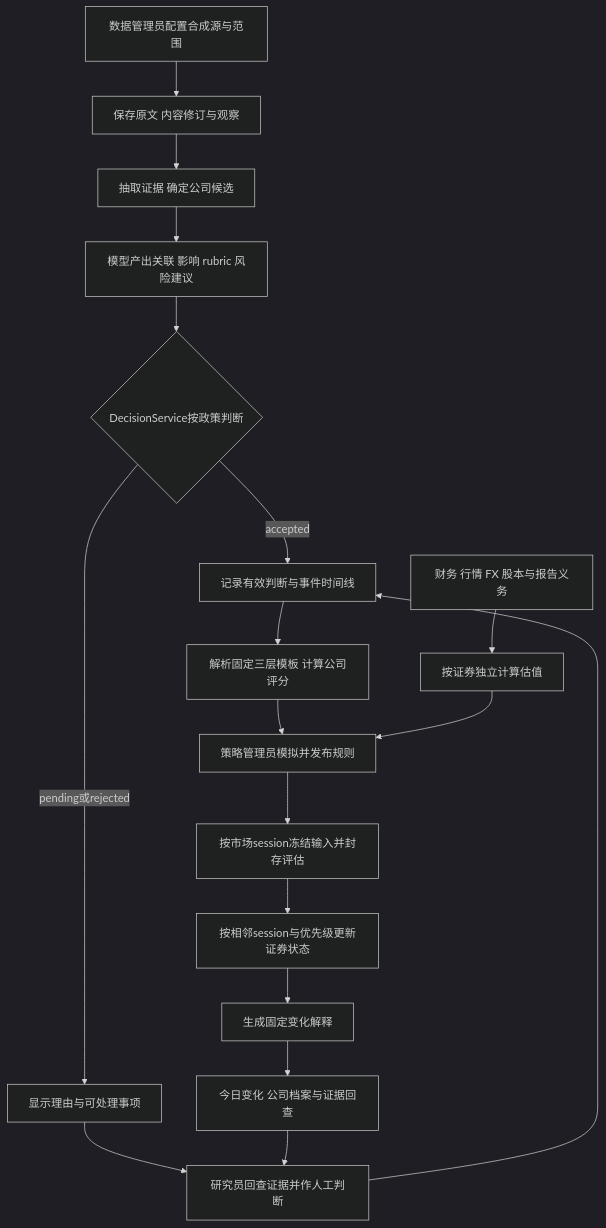
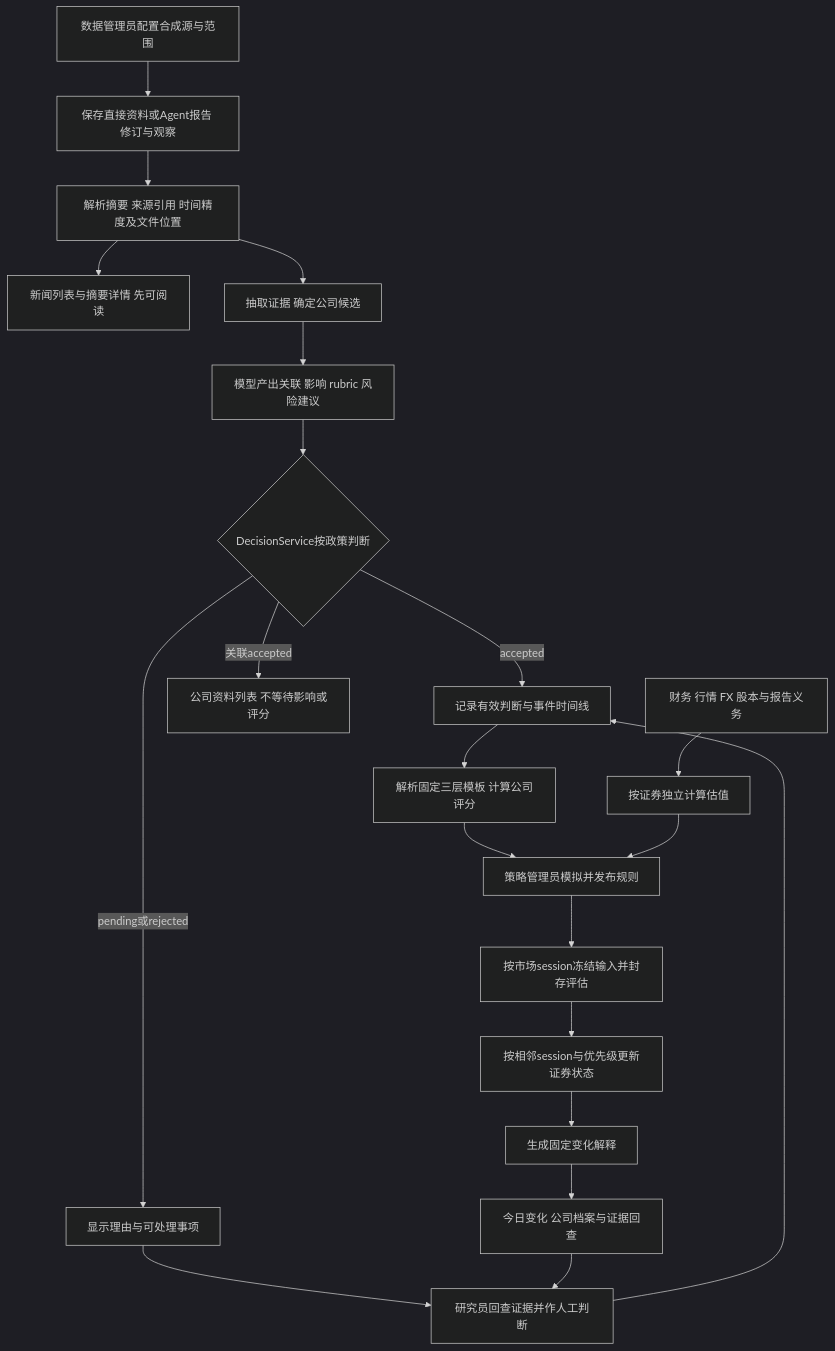
One commit to wildbyteai/value-investment-platform changed the second of 6 diagrams in docs/14-domain-and-business-flows.md. Above: the diagram before and after it, drawn with Mermaid (dark theme). The commit also changed other lines of this file and 78 other files, not shown here.

````diff
--- a/docs/14-domain-and-business-flows.md
+++ b/docs/14-domain-and-business-flows.md
@@ -53,20 +53,23 @@
 ```mermaid
 flowchart TD
-    A[数据管理员配置合成源与范围] --> B[保存原文 内容修订与观察]
-    B --> C[抽取证据 确定公司候选]
+    A[数据管理员配置合成源与范围] --> B[保存直接资料或Agent报告 修订与观察]
+    B --> X[解析摘要 来源引用 时间精度及文件位置]
+    X --> Y[新闻列表与摘要详情 先可阅读]
+    X --> C[抽取证据 确定公司候选]
     C --> D[模型产出关联 影响 rubric 风险建议]
     D --> E{DecisionService按政策判断}
     E -->|accepted| F[记录有效判断与事件时间线]
+    E -->|关联accepted| Z[公司资料列表 不等待影响或评分]
     E -->|pending或rejected| G[显示理由与可处理事项]
     G --> H[研究员回查证据并作人工判断]
     H --> F
     F --> I[解析固定三层模板 计算公司评分]
     J[财务 行情 FX 股本与报告义务] --> K[按证券独立计算估值]
     I --> L[策略管理员模拟并发布规则]
     K --> L
     L --> M[按市场session冻结输入并封存评估]
     M --> N[按相邻session与优先级更新证券状态]
     N --> O[生成固定变化解释]
     O --> P[今日变化 公司档案与证据回查]
     P --> H
 ```
````
